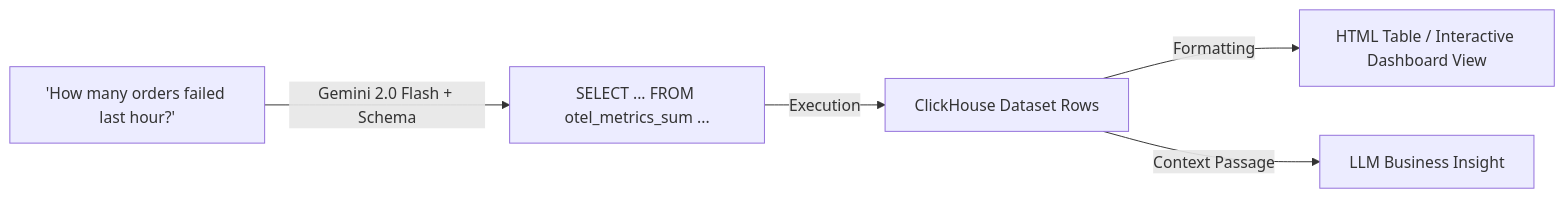
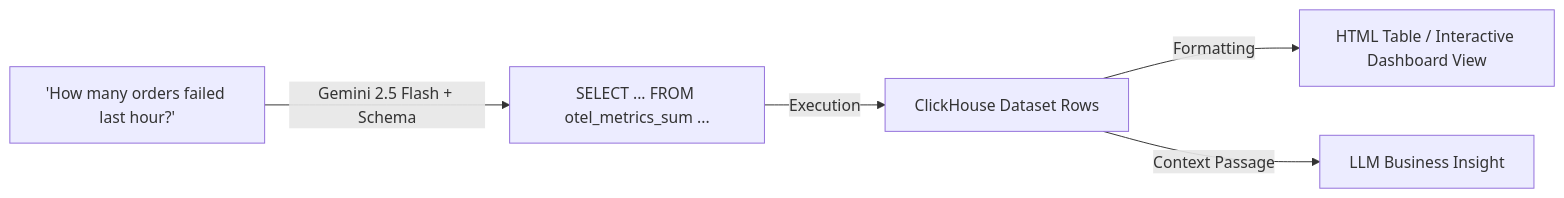
Before and after one commit to jonathanjordy/web-portal-for-grafana-otel-demo: the fifth of 5 diagrams in agents.md, drawn with Mermaid. The commit also changed other lines of this file and 2 other files, not shown here.

Commit message:
change to gemin 2.5 flash

````diff
--- a/agents.md
+++ b/agents.md
@@ -206,7 +206,7 @@
 ```mermaid
 graph LR
-    NL["'How many orders failed last hour?'"] -->|Gemini 2.0 Flash + Schema| SQL["SELECT ... FROM otel_metrics_sum ..."]
+    NL["'How many orders failed last hour?'"] -->|Gemini 2.5 Flash + Schema| SQL["SELECT ... FROM otel_metrics_sum ..."]
     SQL -->|Execution| Results["ClickHouse Dataset Rows"]
     Results -->|Formatting| UI["HTML Table / Interactive Dashboard View"]
     Results -->|Context Passage| GeminiInterpretation["LLM Business Insight"]
 ```
````
